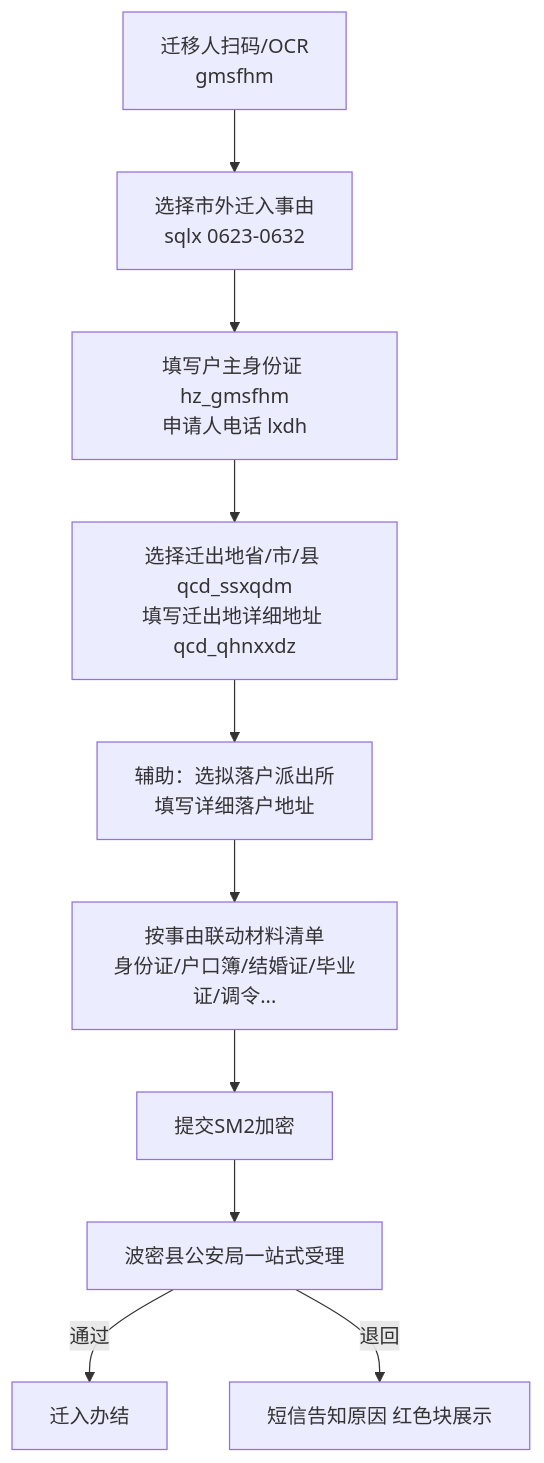
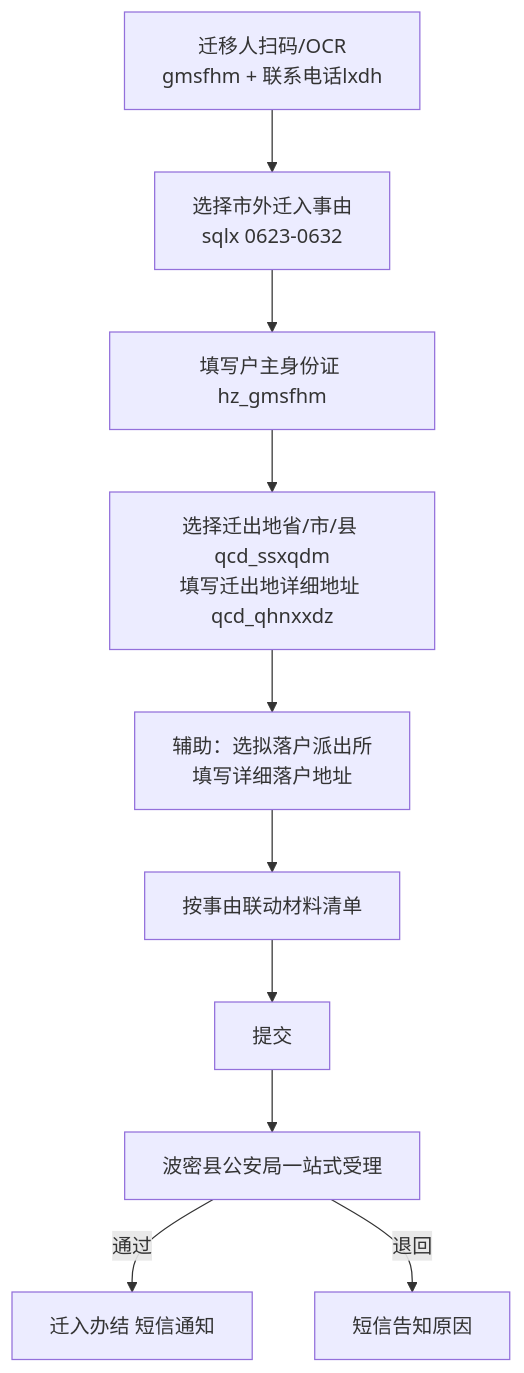
The eighth of 9 diagrams in 户政业务功能说明.md (ikid-zhang/linzhi-miniprogram-prototype), drawn with Mermaid before and after one commit. The commit also changed other lines of this file and 1 other file, not shown here.

````diff
--- a/户政业务功能说明.md
+++ b/户政业务功能说明.md
@@ -339,11 +420,11 @@
 ```mermaid
 flowchart TD
-    A[迁移人扫码/OCR<br/>gmsfhm] --> B[选择市外迁入事由<br/>sqlx 0623-0632]
-    B --> C[填写户主身份证 hz_gmsfhm<br/>申请人电话 lxdh]
+    A[迁移人扫码/OCR<br/>gmsfhm + 联系电话lxdh] --> B[选择市外迁入事由<br/>sqlx 0623-0632]
+    B --> C[填写户主身份证 hz_gmsfhm]
     C --> D[选择迁出地省/市/县 qcd_ssxqdm<br/>填写迁出地详细地址 qcd_qhnxxdz]
     D --> E[辅助：选拟落户派出所<br/>填写详细落户地址]
-    E --> F[按事由联动材料清单<br/>身份证/户口簿/结婚证/毕业证/调令...]
-    F --> G[提交SM2加密] --> H[波密县公安局一站式受理]
-    H -->|通过| I[迁入办结]
-    H -->|退回| R[短信告知原因 红色块展示]
+    E --> F[按事由联动材料清单]
+    F --> G[提交] --> H[波密县公安局一站式受理]
+    H -->|通过| I[迁入办结 短信通知]
+    H -->|退回| R[短信告知原因]
 ```
````
